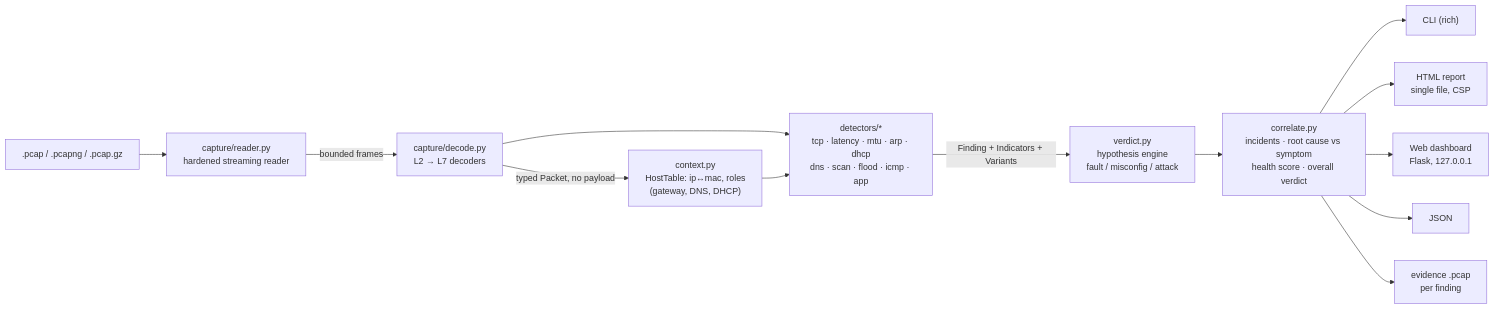
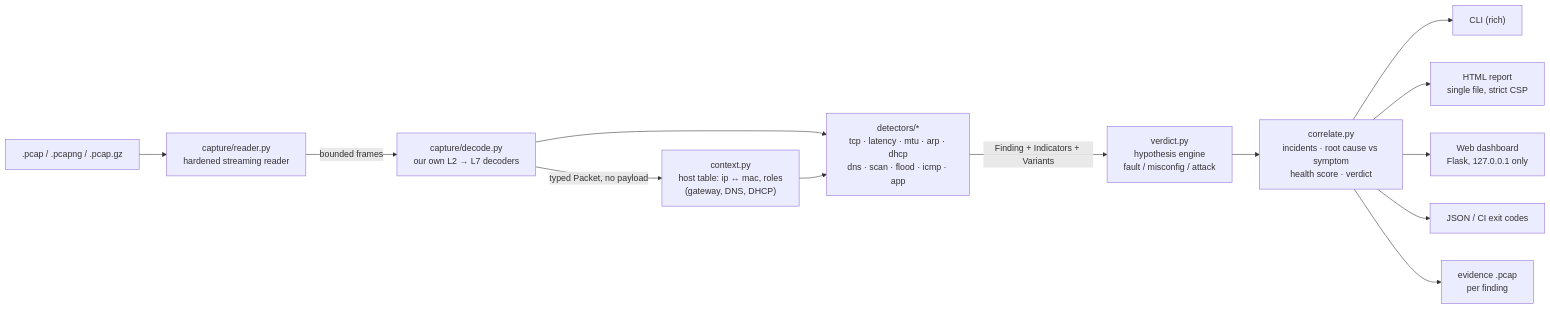
Before and after one commit to YashvanthSankar/faultline: the diagram in README.md, drawn with Mermaid. The commit also changed other lines of this file, not shown here.

Commit message:
README: real outputs, screenshots, benchmark table, verified claims

````diff
--- a/README.md
+++ b/README.md
@@ -105,15 +163,15 @@
 ```mermaid
 flowchart LR
     F[".pcap / .pcapng / .pcap.gz"] --> R["capture/reader.py<br/>hardened streaming reader"]
-    R -->|bounded frames| D["capture/decode.py<br/>L2 → L7 decoders"]
-    D -->|typed Packet, no payload| H["context.py<br/>HostTable: ip↔mac, roles<br/>(gateway, DNS, DHCP)"]
+    R -->|bounded frames| D["capture/decode.py<br/>our own L2 → L7 decoders"]
+    D -->|typed Packet, no payload| H["context.py<br/>host table: ip ↔ mac, roles<br/>(gateway, DNS, DHCP)"]
     D --> DET["detectors/*<br/>tcp · latency · mtu · arp · dhcp<br/>dns · scan · flood · icmp · app"]
     H --> DET
     DET -->|Finding + Indicators + Variants| V["verdict.py<br/>hypothesis engine<br/>fault / misconfig / attack"]
-    V --> C["correlate.py<br/>incidents · root cause vs symptom<br/>health score · overall verdict"]
+    V --> C["correlate.py<br/>incidents · root cause vs symptom<br/>health score · verdict"]
     C --> CLI["CLI (rich)"]
-    C --> HTML["HTML report<br/>single file, CSP"]
-    C --> WEB["Web dashboard<br/>Flask, 127.0.0.1"]
-    C --> JSON["JSON"]
+    C --> HTML["HTML report<br/>single file, strict CSP"]
+    C --> WEB["Web dashboard<br/>Flask, 127.0.0.1 only"]
+    C --> JSON["JSON / CI exit codes"]
     C --> EV["evidence .pcap<br/>per finding"]
 ```
````
